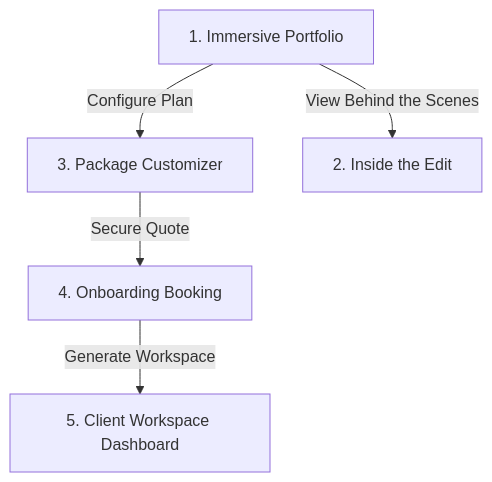
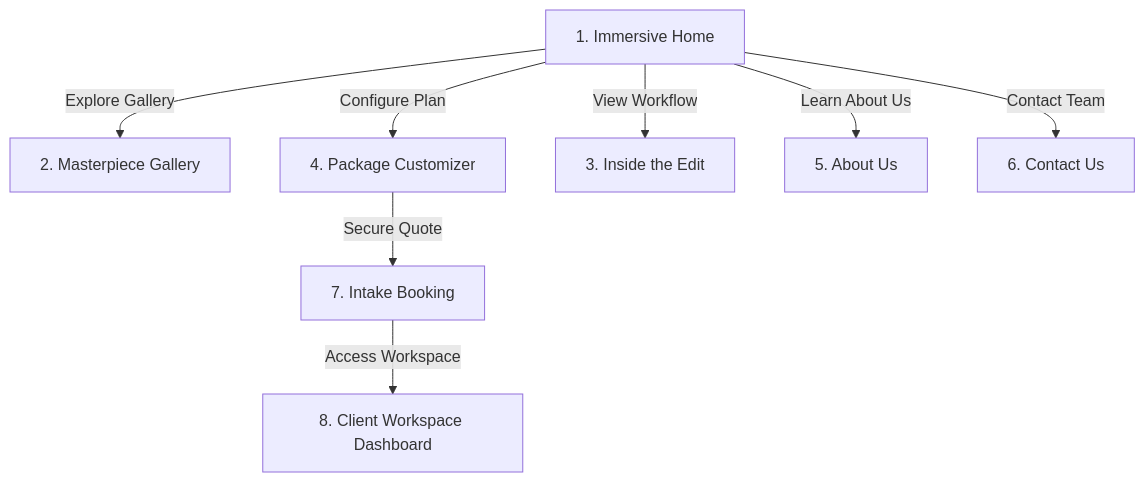
One commit to nik1062/editkaro-portfolio changed the diagram in project_report.md. Above: the diagram before and after it, drawn with Mermaid. The commit also changed other lines of this file, not shown here.

````diff
--- a/project_report.md
+++ b/project_report.md
@@ -26,7 +29,10 @@
 ```mermaid
 graph TD
-    Home[1. Immersive Portfolio] -->|Configure Plan| Pricing[3. Package Customizer]
-    Home -->|View Behind the Scenes| Process[2. Inside the Edit]
-    Pricing -->|Secure Quote| Booking[4. Onboarding Booking]
-    Booking -->|Generate Workspace| Dashboard[5. Client Workspace Dashboard]
+    Home[1. Immersive Home] -->|Explore Gallery| Gallery[2. Masterpiece Gallery]
+    Home -->|Configure Plan| Pricing[4. Package Customizer]
+    Home -->|View Workflow| Process[3. Inside the Edit]
+    Home -->|Learn About Us| About[5. About Us]
+    Home -->|Contact Team| Contact[6. Contact Us]
+    Pricing -->|Secure Quote| Booking[7. Intake Booking]
+    Booking -->|Access Workspace| Dashboard[8. Client Workspace Dashboard]
 ```
````
